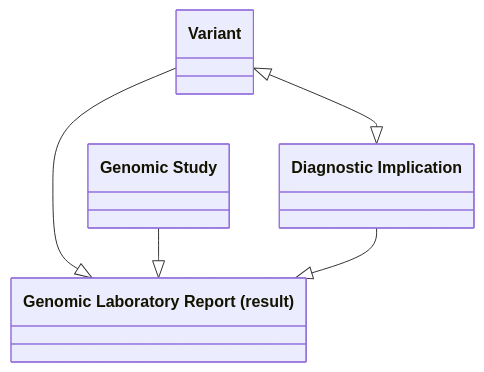
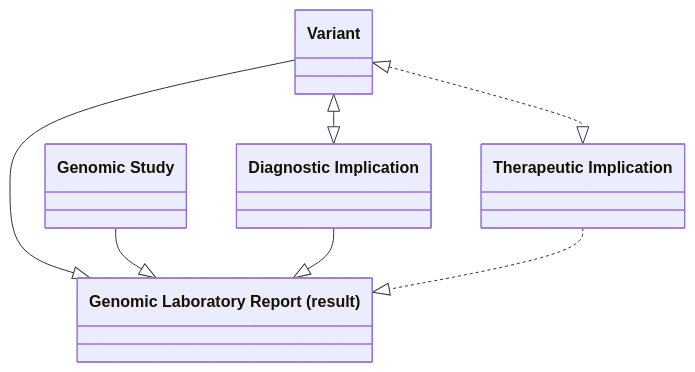
The diagram in input/intro-notes/Questionnaire-GenomicTestReport-intro.md (uk-gov-mirror/nw-gmsa.nw-gmsa.github.com), drawn with Mermaid before and after one commit. The commit also changed 3 other files, not shown here.

````diff
--- a/input/intro-notes/Questionnaire-GenomicTestReport-intro.md
+++ b/input/intro-notes/Questionnaire-GenomicTestReport-intro.md
@@ -51,12 +51,15 @@
 ```mermaid
 classDiagram
     class GenomicReport["Genomic Laboratory Report (result)"]
     class Variant
     class GenomicStudy["Genomic Study"]
     class DiagnosticImplication["Diagnostic Implication"]
+    class TherapeuticImplication["Therapeutic Implication"]
 
     Variant --|> GenomicReport 
     GenomicStudy --|> GenomicReport
     DiagnosticImplication --|> GenomicReport
+    TherapeuticImplication ..|> GenomicReport
     Variant <|--|> DiagnosticImplication
+    Variant <|..|> TherapeuticImplication
 ```
````
